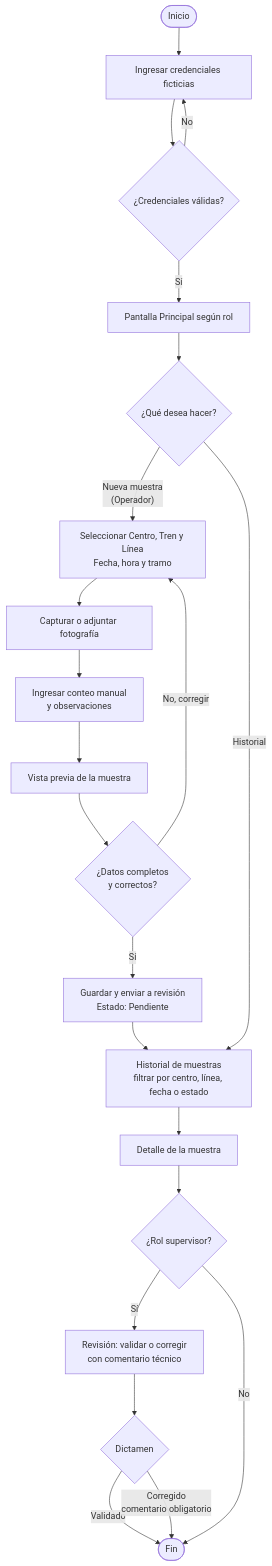
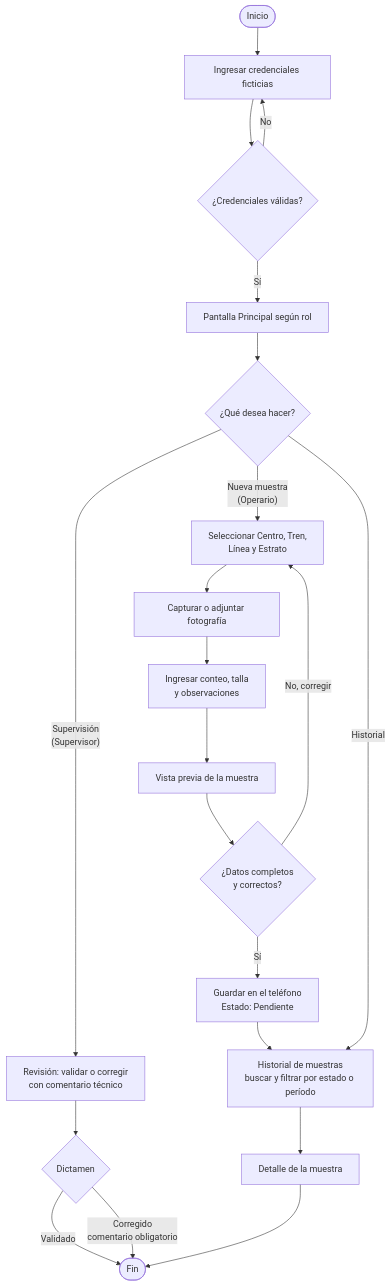
Before and after one commit to jesuscardenas-jacv1/Proyecto-ALDEMAR: the second of 2 diagrams in README.md, drawn with Mermaid. The commit also changed other lines of this file and 8 other files, not shown here.

````diff
--- a/README.md
+++ b/README.md
@@ -54,26 +176,25 @@
 ```mermaid
 flowchart TD
     Inicio([Inicio]) --> Login[Ingresar credenciales ficticias]
     Login --> V1{¿Credenciales válidas?}
     V1 -- No --> Login
     V1 -- Sí --> Principal[Pantalla Principal según rol]
     Principal --> D1{¿Qué desea hacer?}
 
-    D1 -- Nueva muestra<br/>(Operador) --> Form[Seleccionar Centro, Tren y Línea<br/>Fecha, hora y tramo]
+    D1 -- Nueva muestra<br/>(Operario) --> Form[Seleccionar Centro, Tren,<br/>Línea y Estrato]
     Form --> Foto[Capturar o adjuntar fotografía]
-    Foto --> Conteo[Ingresar conteo manual<br/>y observaciones]
+    Foto --> Conteo[Ingresar conteo, talla<br/>y observaciones]
     Conteo --> Preview[Vista previa de la muestra]
     Preview --> V2{¿Datos completos<br/>y correctos?}
     V2 -- No, corregir --> Form
-    V2 -- Sí --> Guardar[Guardar y enviar a revisión<br/>Estado: Pendiente]
+    V2 -- Sí --> Guardar[Guardar en el teléfono<br/>Estado: Pendiente]
     Guardar --> Historial
 
-    D1 -- Historial --> Historial[Historial de muestras<br/>filtrar por centro, línea, fecha o estado]
+    D1 -- Historial --> Historial[Historial de muestras<br/>buscar y filtrar por estado o período]
     Historial --> Detalle[Detalle de la muestra]
-    Detalle --> D2{¿Rol supervisor?}
-    D2 -- Sí --> Revision[Revisión: validar o corregir<br/>con comentario técnico]
+    D1 -- Supervisión<br/>(Supervisor) --> Revision[Revisión: validar o corregir<br/>con comentario técnico]
     Revision --> D3{Dictamen}
     D3 -- Validado --> Fin([Fin])
     D3 -- Corregido<br/>comentario obligatorio --> Fin
-    D2 -- No --> Fin
+    Detalle --> Fin
 ```
````
